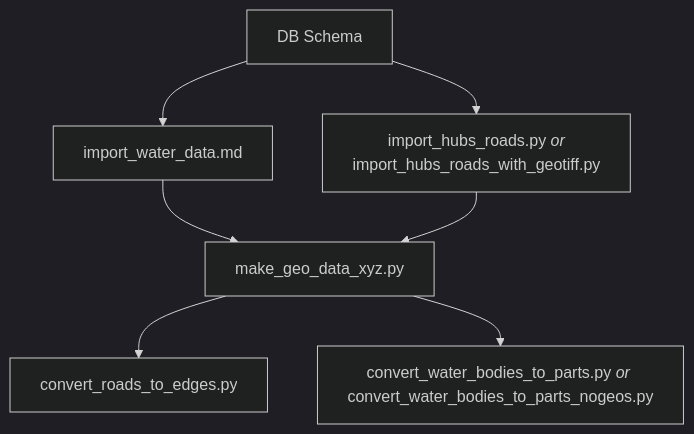
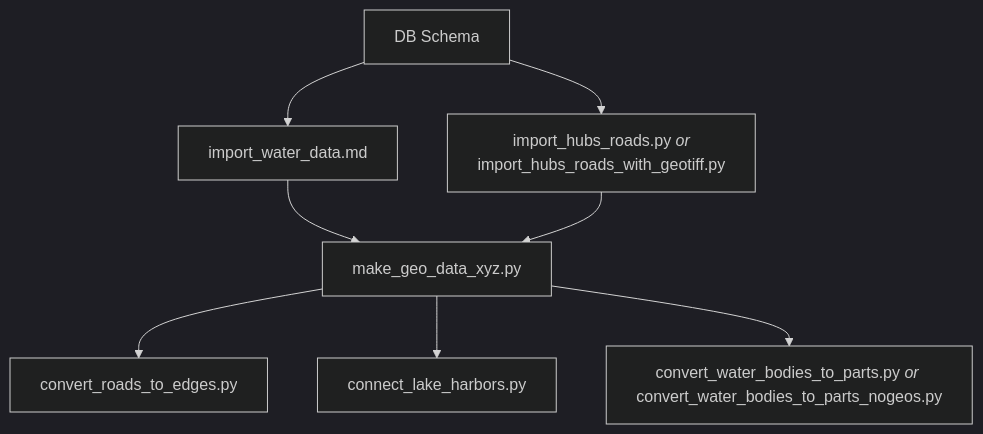
One commit to Simulation-of-Traffic-and-Transport/SiTT changed the diagram in precalculation/README.md. Above: the diagram before and after it, drawn with Mermaid (dark theme). The commit also changed other lines of this file and 2 other files, not shown here.

Commit message:
Implement connection of lake harbors.

````diff
--- a/precalculation/README.md
+++ b/precalculation/README.md
@@ -9,19 +9,21 @@
 ```mermaid
 flowchart TD
     schema["DB Schema"]
     water["import_water_data.md"]
     hubs_roads["`import_hubs_roads.py *or*
     import_hubs_roads_with_geotiff.py`"]
     geo_data["make_geo_data_xyz.py"]
     convert_roads["convert_roads_to_edges.py"]
+    convert_lakes["connect_lake_harbors.py"]
     convert_wb["`convert_water_bodies_to_parts.py *or* convert_water_bodies_to_parts_nogeos.py`"]
     
     schema --> water
     schema --> hubs_roads
     
     water --> geo_data
     hubs_roads --> geo_data
     
     geo_data --> convert_roads
+    geo_data --> convert_lakes
     geo_data --> convert_wb
 ```
````
